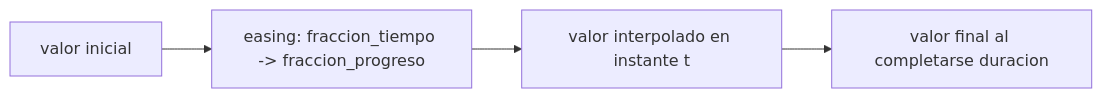
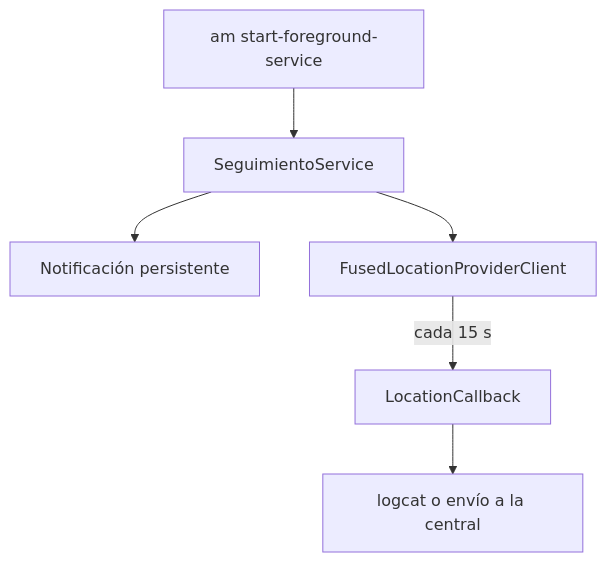
Before and after one commit to NICORUIZ93/The_Imperial_Book: the fifth of 22 diagrams in web/public/content/android/modulo-14.md, drawn with Mermaid. The commit also changed other lines of this file and 305 other files, not shown here.

````diff
--- a/web/public/content/android/modulo-14.md
+++ b/web/public/content/android/modulo-14.md
@@ -323,6 +251,8 @@
 ```mermaid
-flowchart LR
-  A[valor inicial] --> B[easing: fraccion_tiempo -> fraccion_progreso]
-  B --> C[valor interpolado en instante t]
-  C --> D[valor final al completarse duracion]
+flowchart TD
+    A[am start-foreground-service] --> S[SeguimientoService]
+    S --> N[Notificación persistente]
+    S --> F[FusedLocationProviderClient]
+    F -- cada 15 s --> C[LocationCallback]
+    C --> L[logcat o envío a la central]
 ```
````
